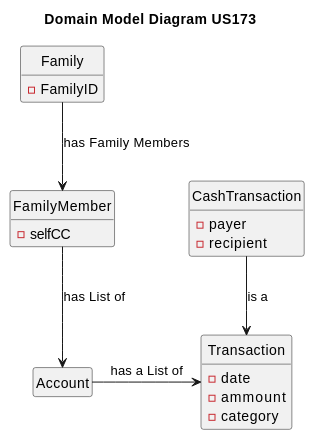
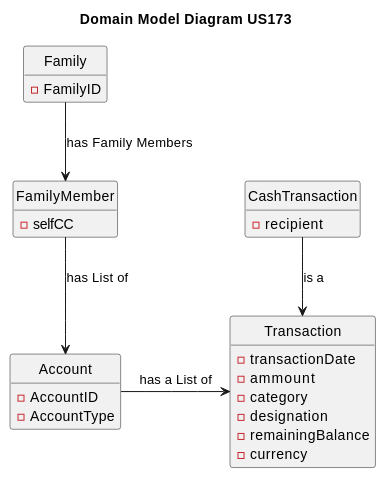
One commit to tomas-osswald/switch_2020_g3 changed the second of 4 diagrams in docs/sprint2/user_stories/US181_RegisterPaymentMyCashAccount.md. Above: the diagram before and after it, drawn with PlantUML. The commit also changed other lines of this file and 4 other files, not shown here.

````diff
--- a/docs/sprint2/user_stories/US181_RegisterPaymentMyCashAccount.md
+++ b/docs/sprint2/user_stories/US181_RegisterPaymentMyCashAccount.md
@@ -63,33 +71,36 @@
 ```puml
 hide empty members
 hide circle
 title Domain Model Diagram US173
 
 class Family {
 - FamilyID
 }
 
 class FamilyMember {
 - selfCC
 }
 
 class Account {
-
+- AccountID 
+- AccountType
 }
 
 class Transaction {
-- date
+- transactionDate
 - ammount
 - category
+- designation
+- remainingBalance
+- currency
 }
 
 class CashTransaction {
-- payer
 - recipient
 }
 
 Family -down-> FamilyMember : has Family Members
 FamilyMember -down-> Account  : has List of 
 Account -> Transaction : has a List of
 CashTransaction -down-> Transaction : is a
 ```
````
